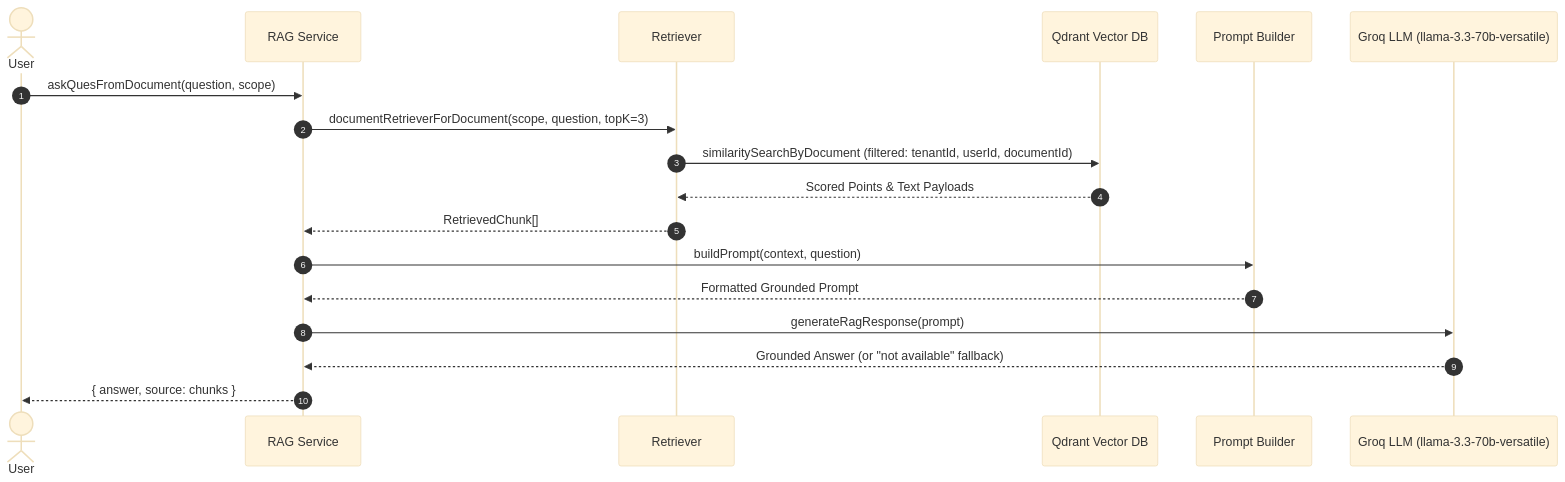
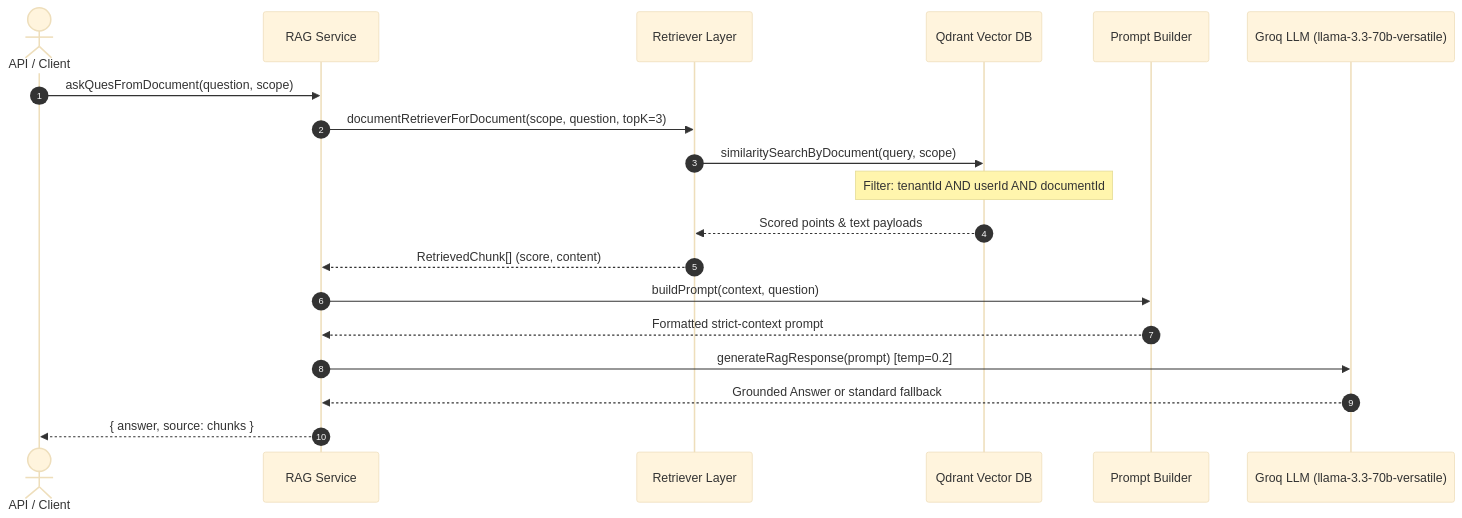
The second of 3 diagrams in packages/ai/Readme.md (NishantSingh-01/Axon), drawn with Mermaid (base theme) before and after one commit. The commit also changed other lines of this file, not shown here.

Commit message:
feat: add comprehensive documentation and architecture guide for AI engine package

````diff
--- a/packages/ai/Readme.md
+++ b/packages/ai/Readme.md
@@ -72,21 +88,22 @@
 ```mermaid
 sequenceDiagram
     autonumber
-    actor User
+    actor Client as API / Client
     participant RAG as RAG Service
-    participant Retriever as Retriever
+    participant Retriever as Retriever Layer
     participant Qdrant as Qdrant Vector DB
-    participant Prompt as Prompt Builder
+    participant Builder as Prompt Builder
     participant LLM as Groq LLM (llama-3.3-70b-versatile)
 
-    User->>RAG: askQuesFromDocument(question, scope)
+    Client->>RAG: askQuesFromDocument(question, scope)
     RAG->>Retriever: documentRetrieverForDocument(scope, question, topK=3)
-    Retriever->>Qdrant: similaritySearchByDocument (filtered: tenantId, userId, documentId)
-    Qdrant-->>Retriever: Scored Points & Text Payloads
-    Retriever-->>RAG: RetrievedChunk[]
-    RAG->>Prompt: buildPrompt(context, question)
-    Prompt-->>RAG: Formatted Grounded Prompt
-    RAG->>LLM: generateRagResponse(prompt)
-    LLM-->>RAG: Grounded Answer (or "not available" fallback)
-    RAG-->>User: { answer, source: chunks }
+    Retriever->>Qdrant: similaritySearchByDocument(query, scope)
+    Note over Qdrant: Filter: tenantId AND userId AND documentId
+    Qdrant-->>Retriever: Scored points & text payloads
+    Retriever-->>RAG: RetrievedChunk[] (score, content)
+    RAG->>Builder: buildPrompt(context, question)
+    Builder-->>RAG: Formatted strict-context prompt
+    RAG->>LLM: generateRagResponse(prompt) [temp=0.2]
+    LLM-->>RAG: Grounded Answer or standard fallback
+    RAG-->>Client: { answer, source: chunks }
 ```
````
